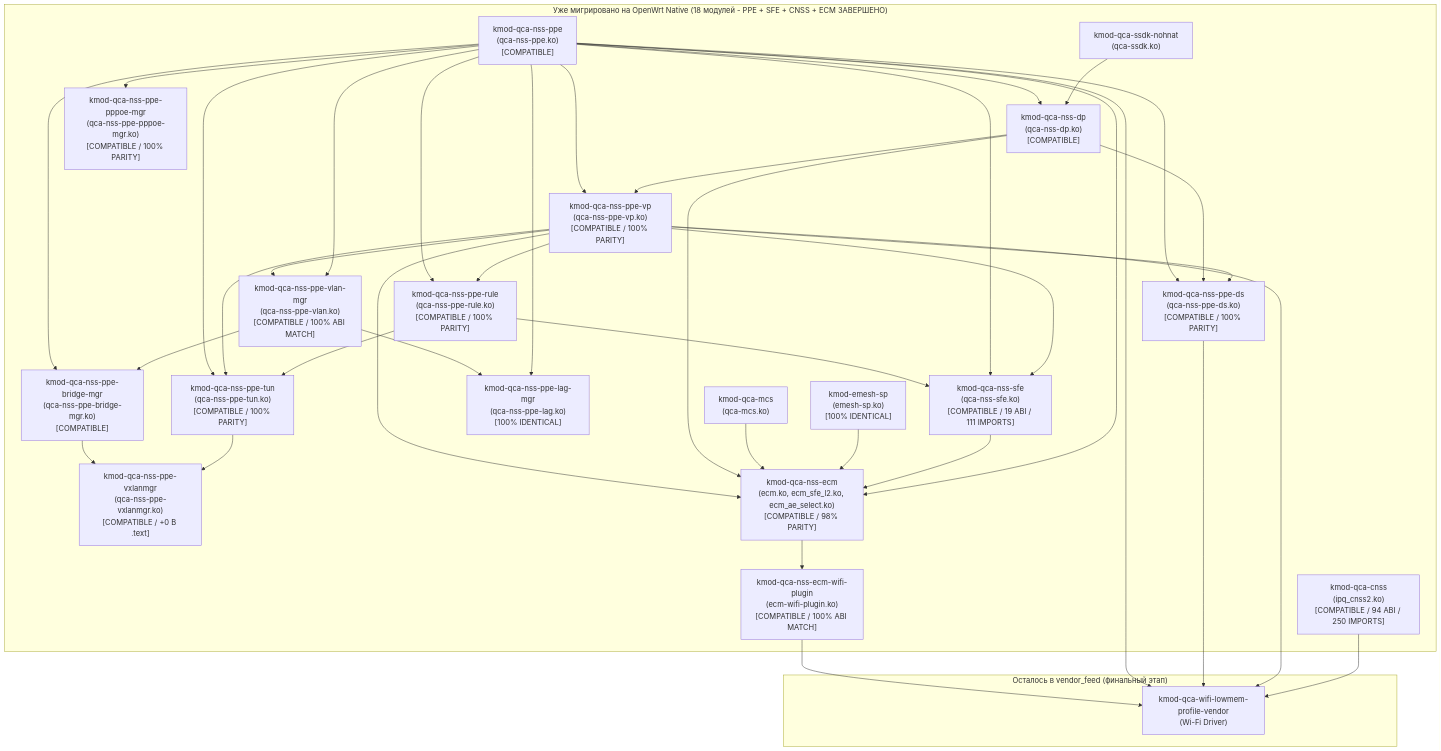
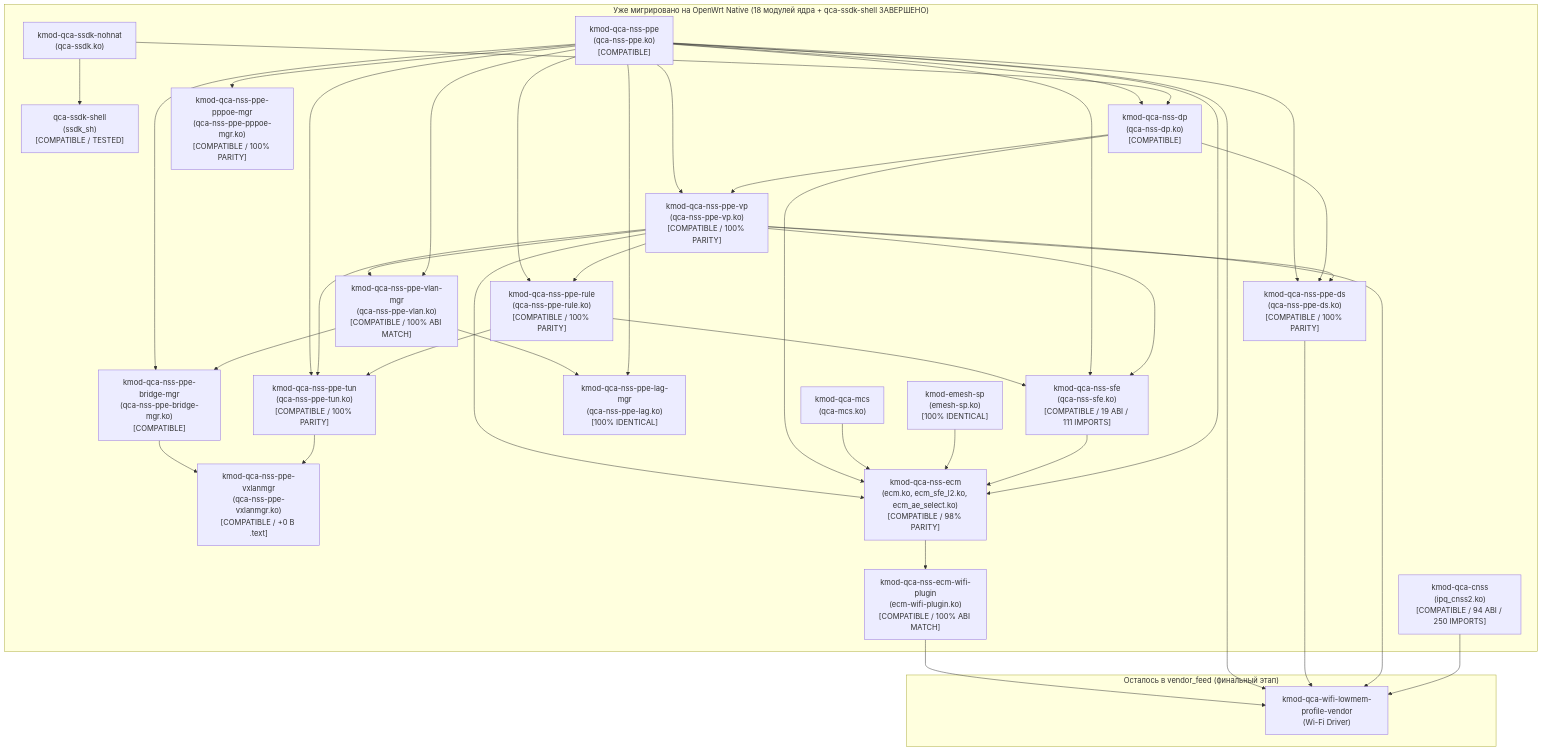
One commit to RomikB/openwrt changed the diagram in QCA_MIGRATION.md. Above: the diagram before and after it, drawn with Mermaid. The commit also changed other lines of this file and 6 other files, not shown here.

First line of the commit message:
ipq53xx: add native qca-ssdk-shell and align qca-ssdk to vendor commit

````diff
--- a/QCA_MIGRATION.md
+++ b/QCA_MIGRATION.md
@@ -434,64 +463,66 @@
 ```mermaid
 graph TD
-    subgraph "Уже мигрировано на OpenWrt Native (18 модулей - PPE + SFE + CNSS + ECM ЗАВЕРШЕНО)"
+    subgraph "Уже мигрировано на OpenWrt Native (18 модулей ядра + qca-ssdk-shell ЗАВЕРШЕНО)"
         SSDK["kmod-qca-ssdk-nohnat<br/>(qca-ssdk.ko)"]
+        SSDK_SH["qca-ssdk-shell<br/>(ssdk_sh)<br/>[COMPATIBLE / TESTED]"]
         MCS["kmod-qca-mcs<br/>(qca-mcs.ko)"]
         SP["kmod-emesh-sp<br/>(emesh-sp.ko)<br/>[100% IDENTICAL]"]
         PPE["kmod-qca-nss-ppe<br/>(qca-nss-ppe.ko)<br/>[COMPATIBLE]"]
         DP["kmod-qca-nss-dp<br/>(qca-nss-dp.ko)<br/>[COMPATIBLE]"]
         VP["kmod-qca-nss-ppe-vp<br/>(qca-nss-ppe-vp.ko)<br/>[COMPATIBLE / 100% PARITY]"]
         RULE["kmod-qca-nss-ppe-rule<br/>(qca-nss-ppe-rule.ko)<br/>[COMPATIBLE / 100% PARITY]"]
         DS["kmod-qca-nss-ppe-ds<br/>(qca-nss-ppe-ds.ko)<br/>[COMPATIBLE / 100% PARITY]"]
         TUN["kmod-qca-nss-ppe-tun<br/>(qca-nss-ppe-tun.ko)<br/>[COMPATIBLE / 100% PARITY]"]
         PPPOE["kmod-qca-nss-ppe-pppoe-mgr<br/>(qca-nss-ppe-pppoe-mgr.ko)<br/>[COMPATIBLE / 100% PARITY]"]
         VLAN["kmod-qca-nss-ppe-vlan-mgr<br/>(qca-nss-ppe-vlan.ko)<br/>[COMPATIBLE / 100% ABI MATCH]"]
         LAG["kmod-qca-nss-ppe-lag-mgr<br/>(qca-nss-ppe-lag.ko)<br/>[100% IDENTICAL]"]
         BRIDGE["kmod-qca-nss-ppe-bridge-mgr<br/>(qca-nss-ppe-bridge-mgr.ko)<br/>[COMPATIBLE]"]
         VXLAN["kmod-qca-nss-ppe-vxlanmgr<br/>(qca-nss-ppe-vxlanmgr.ko)<br/>[COMPATIBLE / +0 B .text]"]
         SFE["kmod-qca-nss-sfe<br/>(qca-nss-sfe.ko)<br/>[COMPATIBLE / 19 ABI / 111 IMPORTS]"]
         CNSS["kmod-qca-cnss<br/>(ipq_cnss2.ko)<br/>[COMPATIBLE / 94 ABI / 250 IMPORTS]"]
         ECM["kmod-qca-nss-ecm<br/>(ecm.ko, ecm_sfe_l2.ko, ecm_ae_select.ko)<br/>[COMPATIBLE / 98% PARITY]"]
         WIPLUG["kmod-qca-nss-ecm-wifi-plugin<br/>(ecm-wifi-plugin.ko)<br/>[COMPATIBLE / 100% ABI MATCH]"]
     end
 
     subgraph "Осталось в vendor_feed (финальный этап)"
         WIFI["kmod-qca-wifi-lowmem-profile-vendor<br/>(Wi-Fi Driver)"]
     end
 
+    SSDK --> SSDK_SH
     SSDK --> DP
     PPE --> DP
     DP --> VP
     PPE --> VP
     VP --> RULE
     PPE --> RULE
     VP --> DS
     DP --> DS
     PPE --> DS
     RULE --> TUN
     VP --> TUN
     PPE --> TUN
     PPE --> PPPOE
     PPE --> VLAN
     VP --> VLAN
     PPE --> LAG
     VLAN --> LAG
     VLAN --> BRIDGE
     PPE --> BRIDGE
     TUN --> VXLAN
     BRIDGE --> VXLAN
     VP --> SFE
     PPE --> SFE
     RULE --> SFE
     PPE --> ECM
     SFE --> ECM
     SP --> ECM
     MCS --> ECM
     DP --> ECM
     VP --> ECM
     ECM --> WIPLUG
     CNSS --> WIFI
     VP --> WIFI
     DS --> WIFI
     PPE --> WIFI
     WIPLUG --> WIFI
 ```
````
